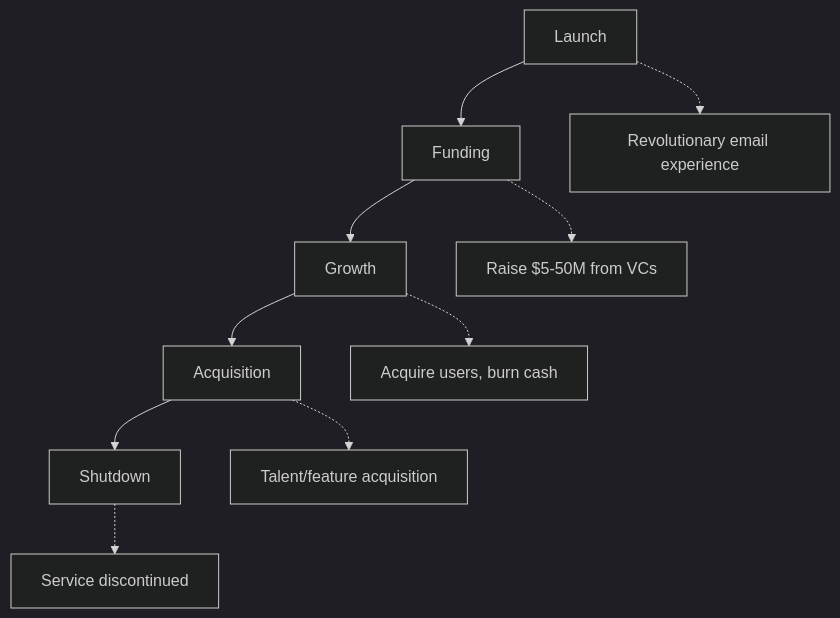
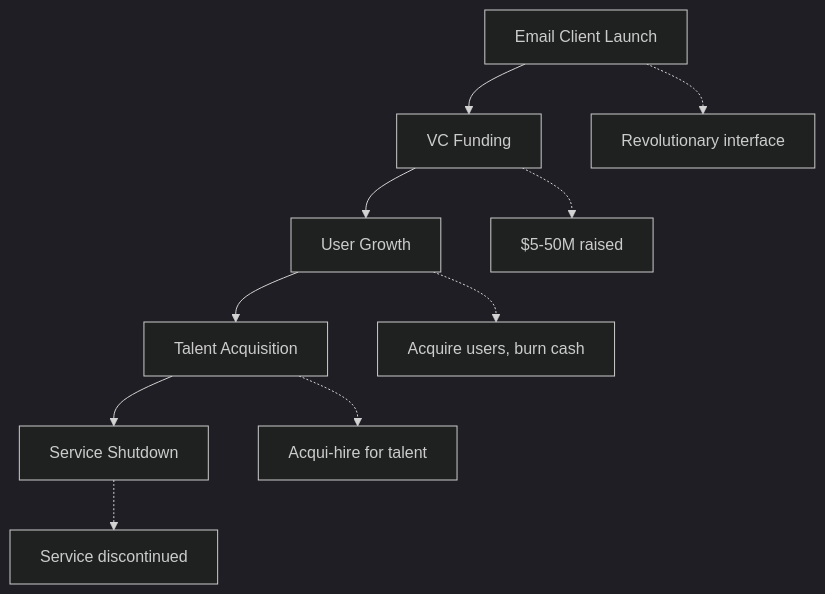
Before and after one commit to forwardemail/forwardemail.net: the fifth of 10 diagrams in app/views/docs/email-startup-graveyard-why-80-percent-email-companies-fail/index.md, drawn with Mermaid (dark theme). The commit also changed other lines of this file and 1 other file, not shown here.

````diff
--- a/app/views/docs/email-startup-graveyard-why-80-percent-email-companies-fail/index.md
+++ b/app/views/docs/email-startup-graveyard-why-80-percent-email-companies-fail/index.md
@@ -339,13 +345,13 @@
 ```mermaid
 flowchart TD
-    A[Launch] --> B[Funding]
-    B --> C[Growth]
-    C --> D[Acquisition]
-    D --> E[Shutdown]
+    A[Email Client Launch] --> B[VC Funding]
+    B --> C[User Growth]
+    C --> D[Talent Acquisition]
+    D --> E[Service Shutdown]
 
-    A -.-> A1["Revolutionary email experience"]
-    B -.-> B1["Raise $5-50M from VCs"]
+    A -.-> A1["Revolutionary interface"]
+    B -.-> B1["$5-50M raised"]
     C -.-> C1["Acquire users, burn cash"]
-    D -.-> D1["Talent/feature acquisition"]
+    D -.-> D1["Acqui-hire for talent"]
     E -.-> E1["Service discontinued"]
 ```
````
